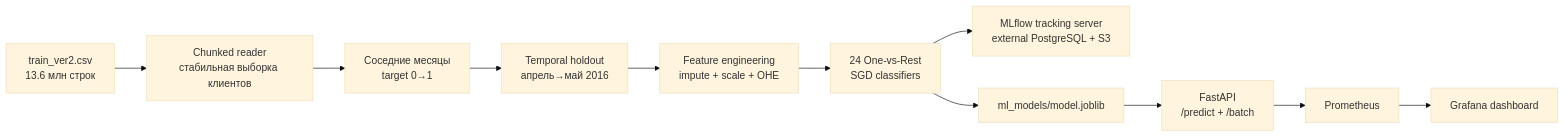
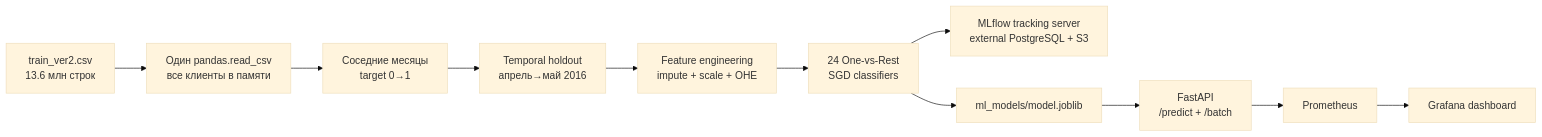
The diagram in README.md (nike173145/mle-pr-final), drawn with Mermaid (base theme) before and after one commit. The commit also changed other lines of this file and 8 other files, not shown here.

````diff
--- a/README.md
+++ b/README.md
@@ -67,13 +70,13 @@
 ```mermaid
 flowchart LR
-    A["train_ver2.csv<br/>13.6 млн строк"] --> B["Chunked reader<br/>стабильная выборка клиентов"]
+    A["train_ver2.csv<br/>13.6 млн строк"] --> B["Один pandas.read_csv<br/>все клиенты в памяти"]
     B --> C["Соседние месяцы<br/>target 0→1"]
     C --> D["Temporal holdout<br/>апрель→май 2016"]
     D --> E["Feature engineering<br/>impute + scale + OHE"]
     E --> F["24 One-vs-Rest<br/>SGD classifiers"]
     F --> G["MLflow tracking server<br/>external PostgreSQL + S3"]
     F --> H["ml_models/model.joblib"]
     H --> I["FastAPI<br/>/predict + /batch"]
     I --> J["Prometheus"]
     J --> K["Grafana dashboard"]
 ```
````
